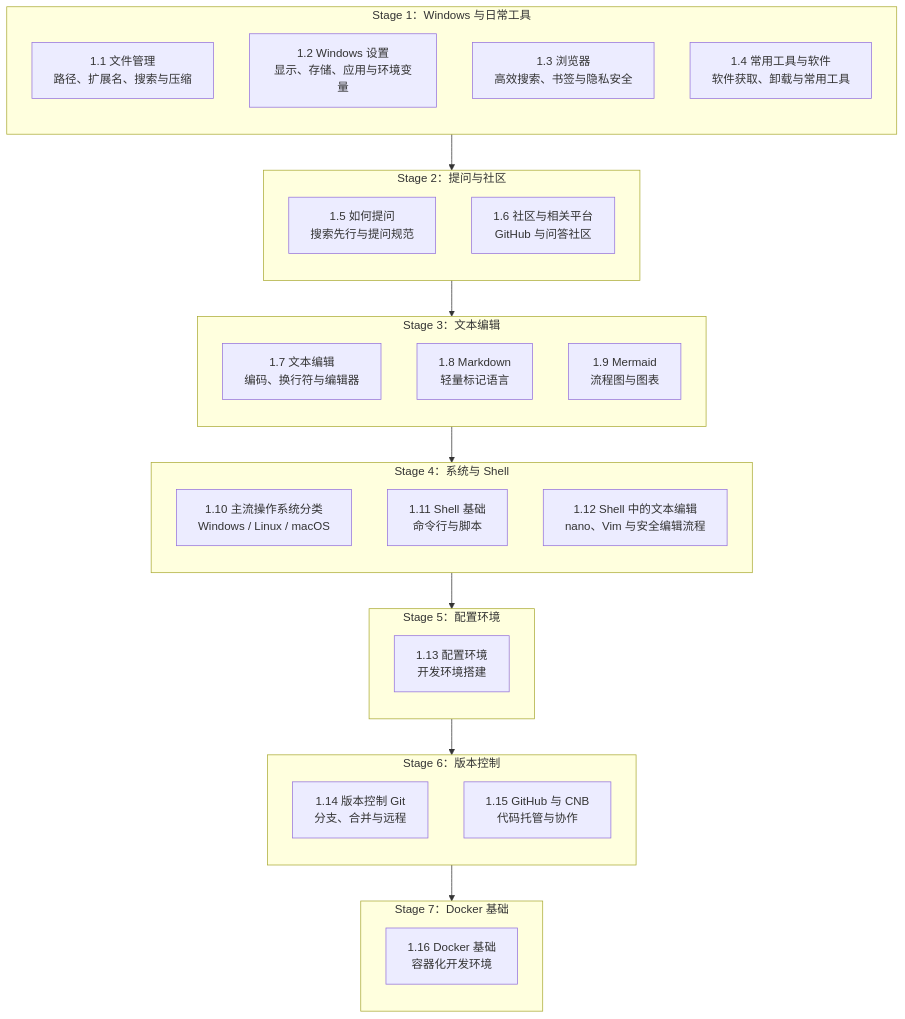
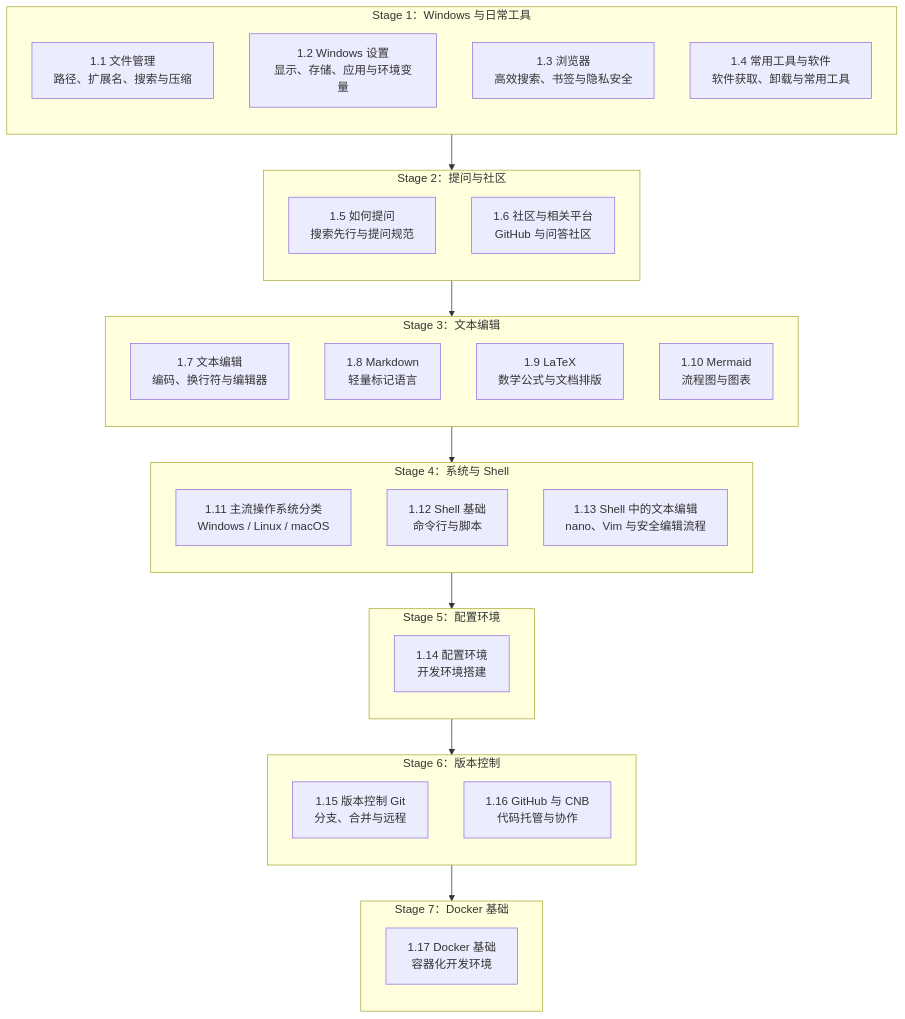
The diagram in content/docs/zh/ch1/index.mdx (SSJ-ZYJ/Neoverse-Doc), drawn with Mermaid before and after one commit. The commit also changed other lines of this file and 1 other file, not shown here.

````diff
--- a/content/docs/zh/ch1/index.mdx
+++ b/content/docs/zh/ch1/index.mdx
@@ -26,48 +26,49 @@
 ```mermaid
 flowchart TD
     subgraph S1[Stage 1：Windows 与日常工具]
         direction TB
         S1_1["1.1 文件管理<br/>路径、扩展名、搜索与压缩"]
         S1_2["1.2 Windows 设置<br/>显示、存储、应用与环境变量"]
         S1_3["1.3 浏览器<br/>高效搜索、书签与隐私安全"]
         S1_4["1.4 常用工具与软件<br/>软件获取、卸载与常用工具"]
     end
 
     subgraph S2[Stage 2：提问与社区]
         direction TB
         S2_1["1.5 如何提问<br/>搜索先行与提问规范"]
         S2_2["1.6 社区与相关平台<br/>GitHub 与问答社区"]
     end
 
     subgraph S3[Stage 3：文本编辑]
         direction TB
         S3_1["1.7 文本编辑<br/>编码、换行符与编辑器"]
         S3_2["1.8 Markdown<br/>轻量标记语言"]
-        S3_3["1.9 Mermaid<br/>流程图与图表"]
+        S3_3["1.9 LaTeX<br/>数学公式与文档排版"]
+        S3_4["1.10 Mermaid<br/>流程图与图表"]
     end
 
     subgraph S4[Stage 4：系统与 Shell]
         direction TB
-        S4_1["1.10 主流操作系统分类<br/>Windows / Linux / macOS"]
-        S4_2["1.11 Shell 基础<br/>命令行与脚本"]
-        S4_3["1.12 Shell 中的文本编辑<br/>nano、Vim 与安全编辑流程"]
+        S4_1["1.11 主流操作系统分类<br/>Windows / Linux / macOS"]
+        S4_2["1.12 Shell 基础<br/>命令行与脚本"]
+        S4_3["1.13 Shell 中的文本编辑<br/>nano、Vim 与安全编辑流程"]
     end
 
     subgraph S5[Stage 5：配置环境]
         direction TB
-        S5_1["1.13 配置环境<br/>开发环境搭建"]
+        S5_1["1.14 配置环境<br/>开发环境搭建"]
     end
 
     subgraph S6[Stage 6：版本控制]
         direction TB
-        S6_1["1.14 版本控制 Git<br/>分支、合并与远程"]
-        S6_2["1.15 GitHub 与 CNB<br/>代码托管与协作"]
+        S6_1["1.15 版本控制 Git<br/>分支、合并与远程"]
+        S6_2["1.16 GitHub 与 CNB<br/>代码托管与协作"]
     end
 
     subgraph S7[Stage 7：Docker 基础]
         direction TB
-        S7_1["1.16 Docker 基础<br/>容器化开发环境"]
+        S7_1["1.17 Docker 基础<br/>容器化开发环境"]
     end
 
     S1 --> S2 --> S3 --> S4 --> S5 --> S6 --> S7
 ```
````
